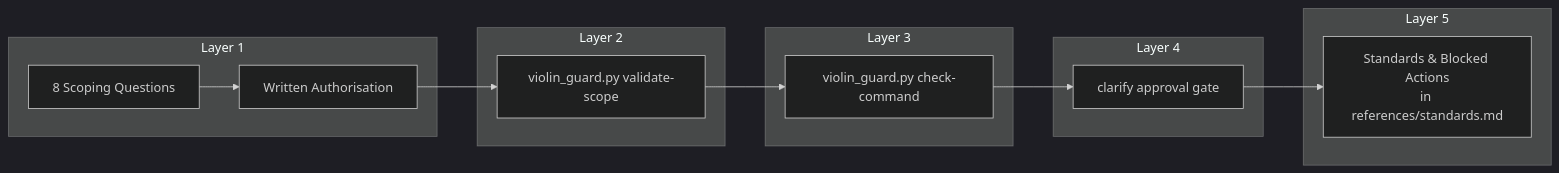
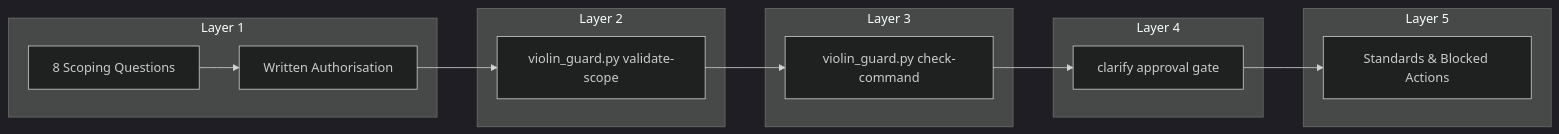
Before and after one commit to Strategic-Automation/violin: the third of 3 diagrams in README.md, drawn with Mermaid (dark theme). The commit also changed other lines of this file and 42 other files, not shown here.

````diff
--- a/README.md
+++ b/README.md
@@ -203,21 +169,21 @@
 ```mermaid
 flowchart LR
     subgraph "Layer 1"
         A["8 Scoping Questions"]
         B["Written Authorisation"]
     end
     subgraph "Layer 2"
         C["violin_guard.py validate-scope"]
     end
     subgraph "Layer 3"
         D["violin_guard.py check-command"]
     end
     subgraph "Layer 4"
         E["clarify approval gate"]
     end
     subgraph "Layer 5"
-        F["Standards & Blocked Actions<br/>in references/standards.md"]
+        F["Standards & Blocked Actions"]
     end
     
     A --> B --> C --> D --> E --> F
 ```
````
